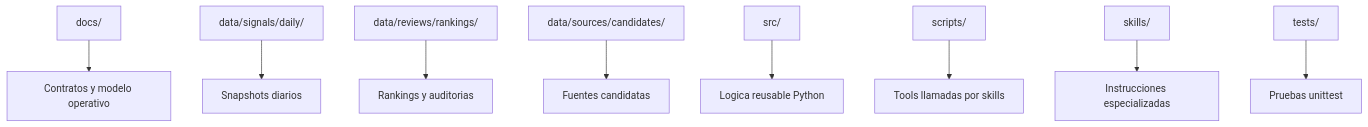
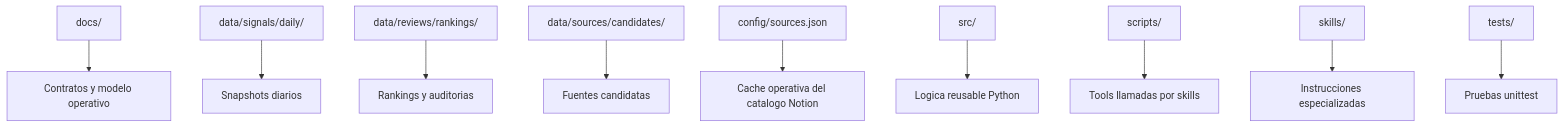
Before and after one commit to PedroHincapie/codex-: the seventh of 8 diagrams in docs/ai-radar-operating-model.md, drawn with Mermaid. The commit also changed other lines of this file and 13 other files, not shown here.

````diff
--- a/docs/ai-radar-operating-model.md
+++ b/docs/ai-radar-operating-model.md
@@ -156,11 +200,12 @@
 ```mermaid
 flowchart TD
   A[docs/] --> A1[Contratos y modelo operativo]
   B[data/signals/daily/] --> B1[Snapshots diarios]
   C[data/reviews/rankings/] --> C1[Rankings y auditorias]
   G[data/sources/candidates/] --> G1[Fuentes candidatas]
+  J[config/sources.json] --> J1[Cache operativa del catalogo Notion]
   D[src/] --> D1[Logica reusable Python]
   E[scripts/] --> E1[Tools llamadas por skills]
   H[skills/] --> H1[Instrucciones especializadas]
   I[tests/] --> I1[Pruebas unittest]
 ```
````
